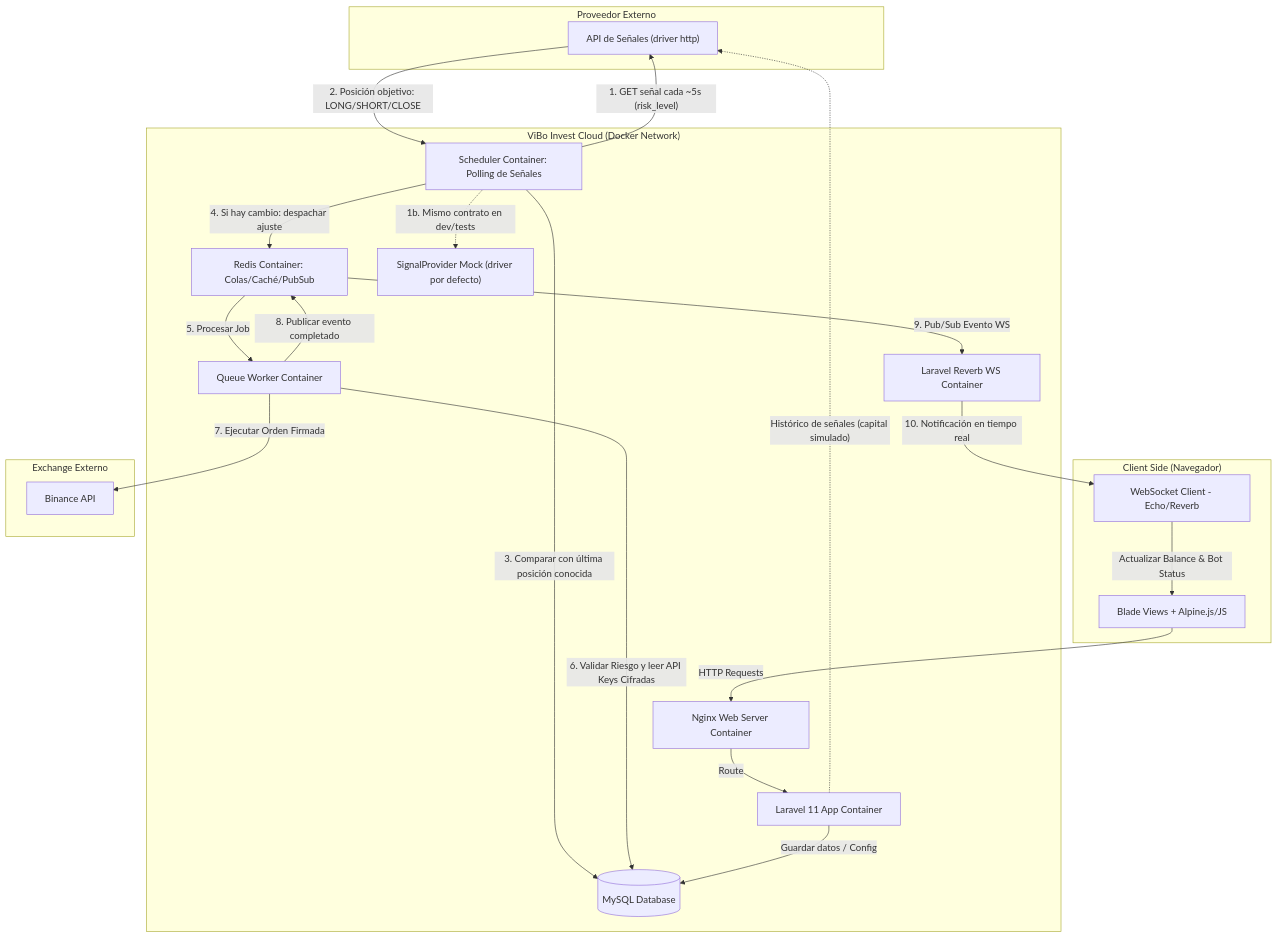
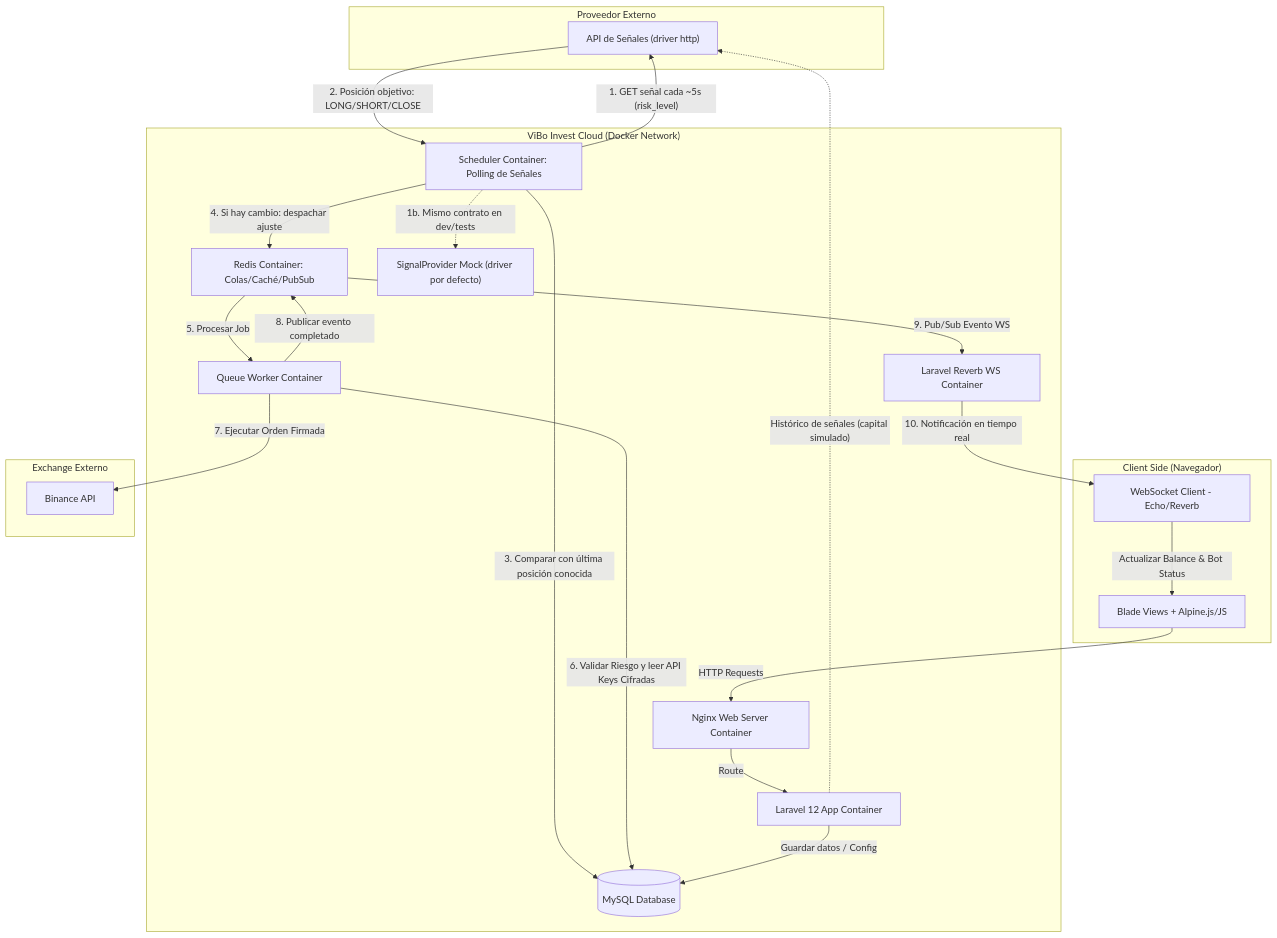
One commit to iranvibo/inversion-optimizada changed the first of 6 diagrams in docs/architecture.md. Above: the diagram before and after it, drawn with Mermaid. The commit also changed other lines of this file and 70 other files, not shown here.

````diff
--- a/docs/architecture.md
+++ b/docs/architecture.md
@@ -14,46 +14,46 @@
 ```mermaid
 graph TB
     subgraph ProveedorExterno ["Proveedor Externo"]
         SignalsAPI["API de Señales (driver http)"]
     end
 
     subgraph ClientSide ["Client Side (Navegador)"]
         UI["Blade Views + Alpine.js/JS"]
         WSClient["WebSocket Client - Echo/Reverb"]
     end
 
     subgraph ViBoInvestCloud ["ViBo Invest Cloud (Docker Network)"]
         Nginx["Nginx Web Server Container"]
-        Laravel["Laravel 11 App Container"]
+        Laravel["Laravel 12 App Container"]
         Redis["Redis Container: Colas/Caché/PubSub"]
         MySQL[("MySQL Database")]
         Reverb["Laravel Reverb WS Container"]
         Worker["Queue Worker Container"]
         Scheduler["Scheduler Container: Polling de Señales"]
         MockProvider["SignalProvider Mock (driver por defecto)"]
     end
 
     subgraph ExchangeExterno ["Exchange Externo"]
         Binance["Binance API"]
     end
 
     %% Flujos de sondeo de señales y ejecución
     Scheduler -->|"1. GET señal cada ~5s (risk_level)"| SignalsAPI
     Scheduler -.->|"1b. Mismo contrato en dev/tests"| MockProvider
     SignalsAPI -->|"2. Posición objetivo: LONG/SHORT/CLOSE"| Scheduler
     Scheduler -->|3. Comparar con última posición conocida| MySQL
     Scheduler -->|4. Si hay cambio: despachar ajuste| Redis
     Redis -->|5. Procesar Job| Worker
     Worker -->|6. Validar Riesgo y leer API Keys Cifradas| MySQL
     Worker -->|7. Ejecutar Orden Firmada| Binance
 
     %% Flujos de la interfaz de usuario
     UI -->|HTTP Requests| Nginx
     Nginx -->|Route| Laravel
     Laravel -->|Guardar datos / Config| MySQL
     Laravel -.->|"Histórico de señales (capital simulado)"| SignalsAPI
     Worker -->|8. Publicar evento completado| Redis
     Redis -->|9. Pub/Sub Evento WS| Reverb
     Reverb -->|10. Notificación en tiempo real| WSClient
     WSClient -->|Actualizar Balance & Bot Status| UI
 ```
````
